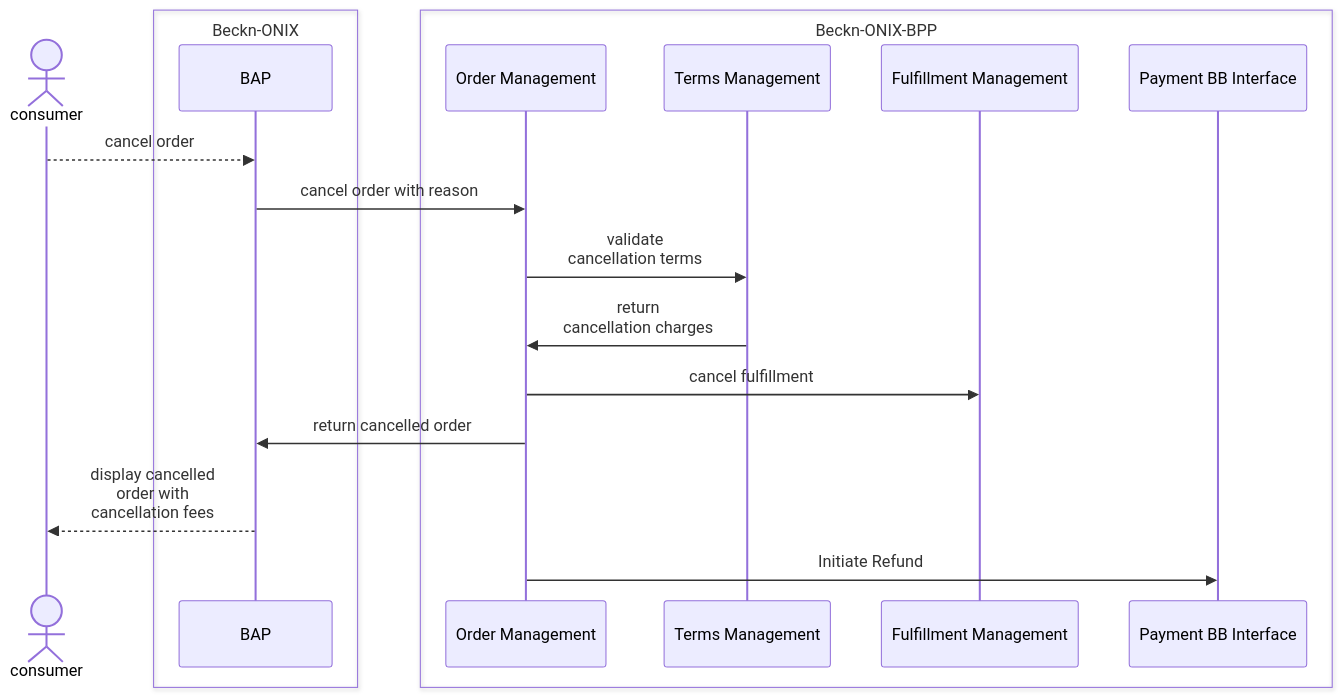
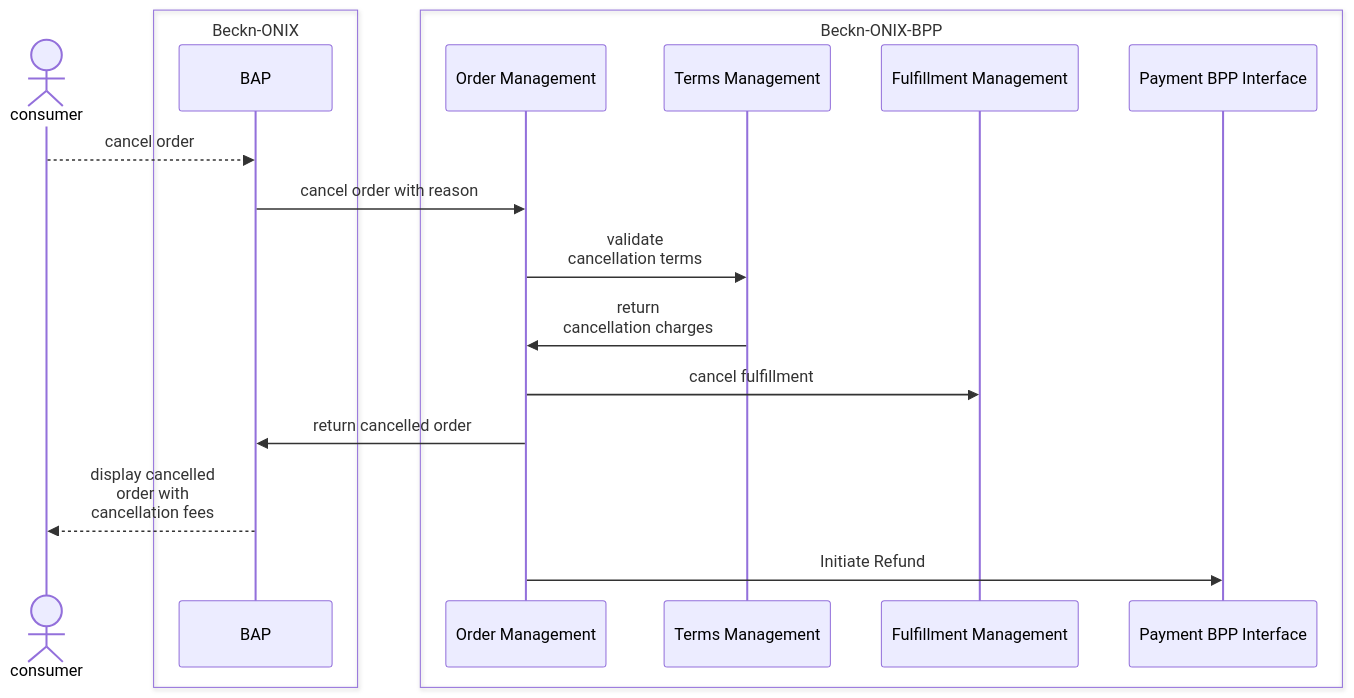
Diagram 13 of 17 in README.md (rajaneeshk90/gitbook-exp), drawn with Mermaid before and after one commit. The commit also changed other lines of this file, not shown here.

````diff
--- a/README.md
+++ b/README.md
@@ -364,21 +350,21 @@
 ```mermaid
 sequenceDiagram
     Actor consumer
     box Beckn-ONIX
     participant BAP
     end
     box Beckn-ONIX-BPP
     participant Order Management
     participant Terms Management
     participant Fulfillment Management
-    participant Payment BB Interface
+    participant Payment BPP Interface
     end
     consumer-->>BAP: cancel order
     BAP->>Order Management:cancel order with reason
     Order Management->>Terms Management:validate <br/> cancellation terms
     Terms Management->>Order Management: return <br/> cancellation charges
     Order Management->>Fulfillment Management:cancel fulfillment
     Order Management->>BAP: return cancelled order
     BAP-->>consumer: display cancelled <br/> order with <br/> cancellation fees
-    Order Management->>Payment BB Interface: Initiate Refund
+    Order Management->>Payment BPP Interface: Initiate Refund
 ```
````
